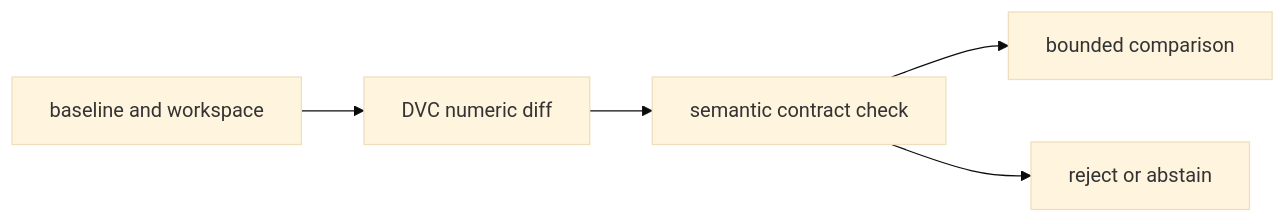
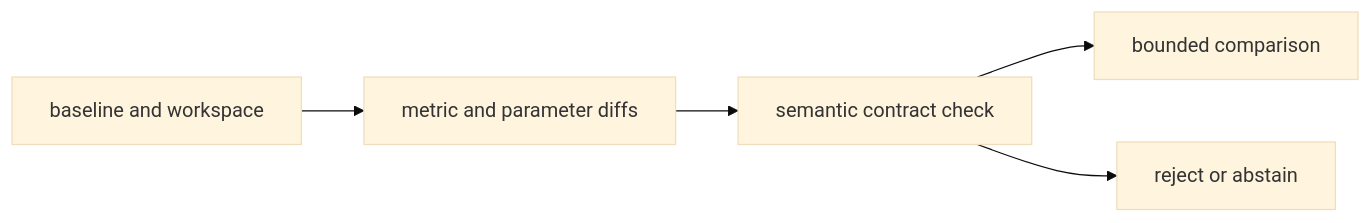
Before and after one commit to bijux/bijux-masterclass: the diagram in programs/reproducible-research/deep-dive-dvc/capstone/docs/metric-contract-audit-guide.md, drawn with Mermaid (base theme). The commit also changed other lines of this file and 3 other files, not shown here.

Commit message:
feat(dvc): record metric control diffs

````diff
--- a/programs/reproducible-research/deep-dive-dvc/capstone/docs/metric-contract-audit-guide.md
+++ b/programs/reproducible-research/deep-dive-dvc/capstone/docs/metric-contract-audit-guide.md
@@ -57,7 +60,7 @@
 ```mermaid
 flowchart LR
-  revisions["baseline and workspace"] --> diff["DVC numeric diff"]
+  revisions["baseline and workspace"] --> diff["metric and parameter diffs"]
   diff --> contract["semantic contract check"]
   contract --> accept["bounded comparison"]
   contract --> reject["reject or abstain"]
 ```
````
